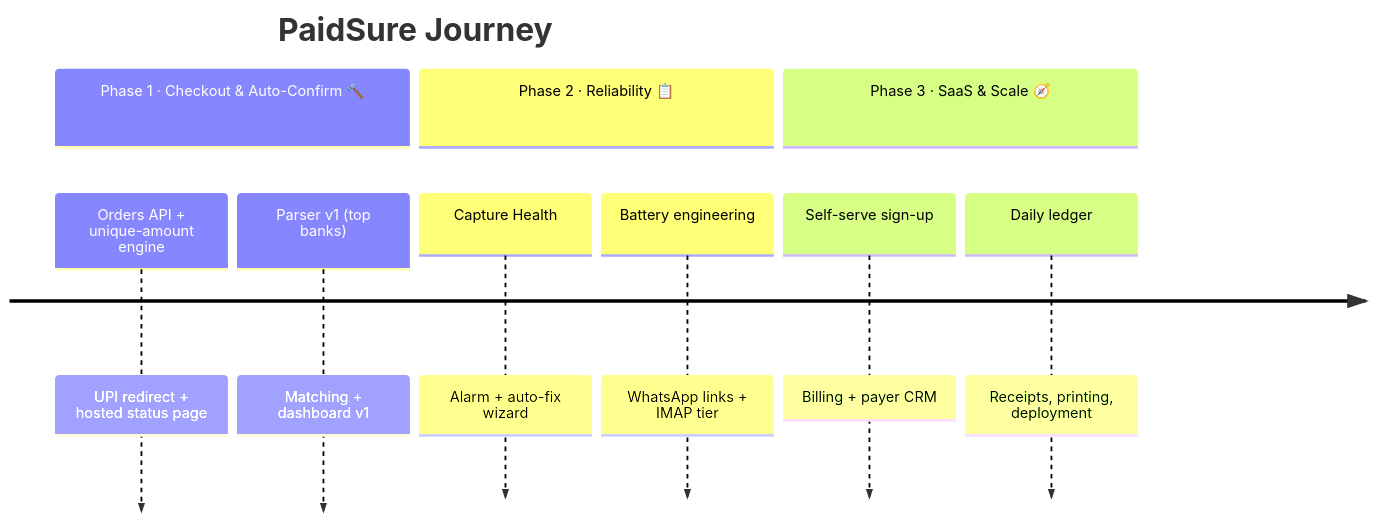
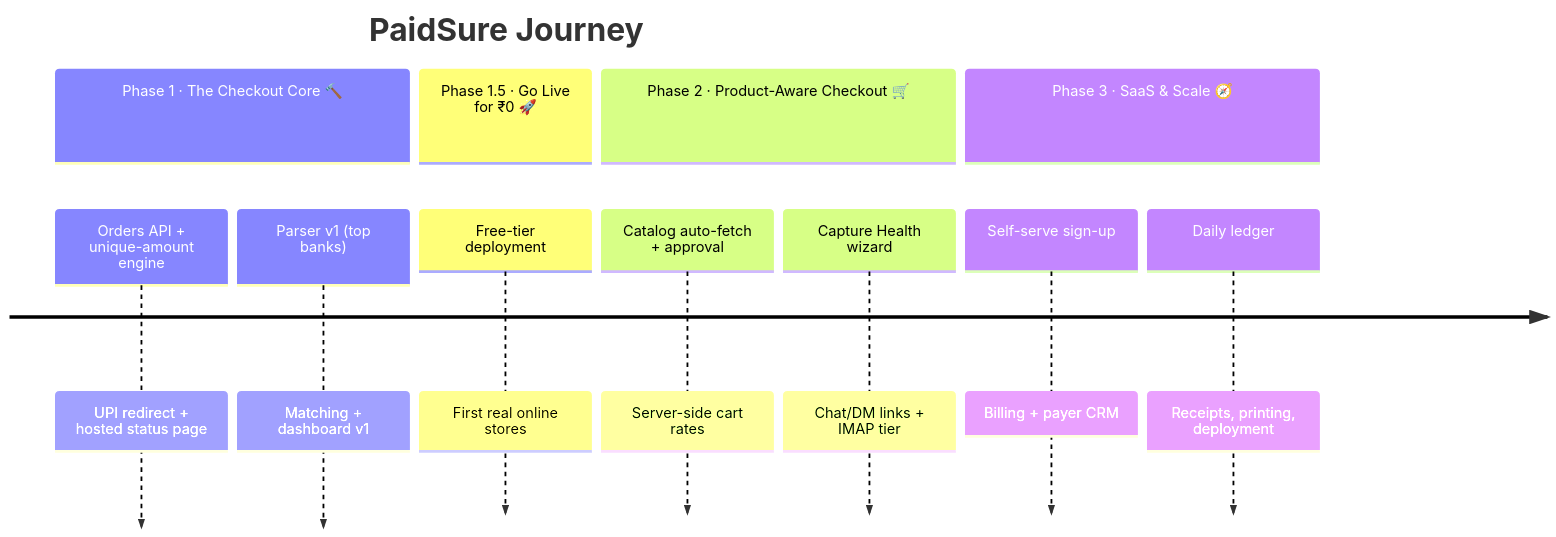
The second of 2 diagrams in README.md (aravind220806/Paid_Sure), drawn with Mermaid before and after one commit. The commit also changed other lines of this file, not shown here.

First line of the commit message:
docs: README rewrite — built for small online product sellers

````diff
--- a/README.md
+++ b/README.md
@@ -228,13 +321,15 @@
 ```mermaid
 timeline
     title PaidSure Journey
-    section Phase 1 · Checkout & Auto-Confirm 🔨
+    section Phase 1 · The Checkout Core 🔨
         Orders API + unique-amount engine : UPI redirect + hosted status page
         Parser v1 (top banks)             : Matching + dashboard v1
-    section Phase 2 · Reliability 📋
-        Capture Health        : Alarm + auto-fix wizard
-        Battery engineering   : WhatsApp links + IMAP tier
+    section Phase 1.5 · Go Live for ₹0 🚀
+        Free-tier deployment              : First real online stores
+    section Phase 2 · Product-Aware Checkout 🛒
+        Catalog auto-fetch + approval     : Server-side cart rates
+        Capture Health wizard             : Chat/DM links + IMAP tier
     section Phase 3 · SaaS & Scale 🧭
-        Self-serve sign-up    : Billing + payer CRM
-        Daily ledger          : Receipts, printing, deployment
+        Self-serve sign-up                : Billing + payer CRM
+        Daily ledger                      : Receipts, printing, deployment
 ```
````
